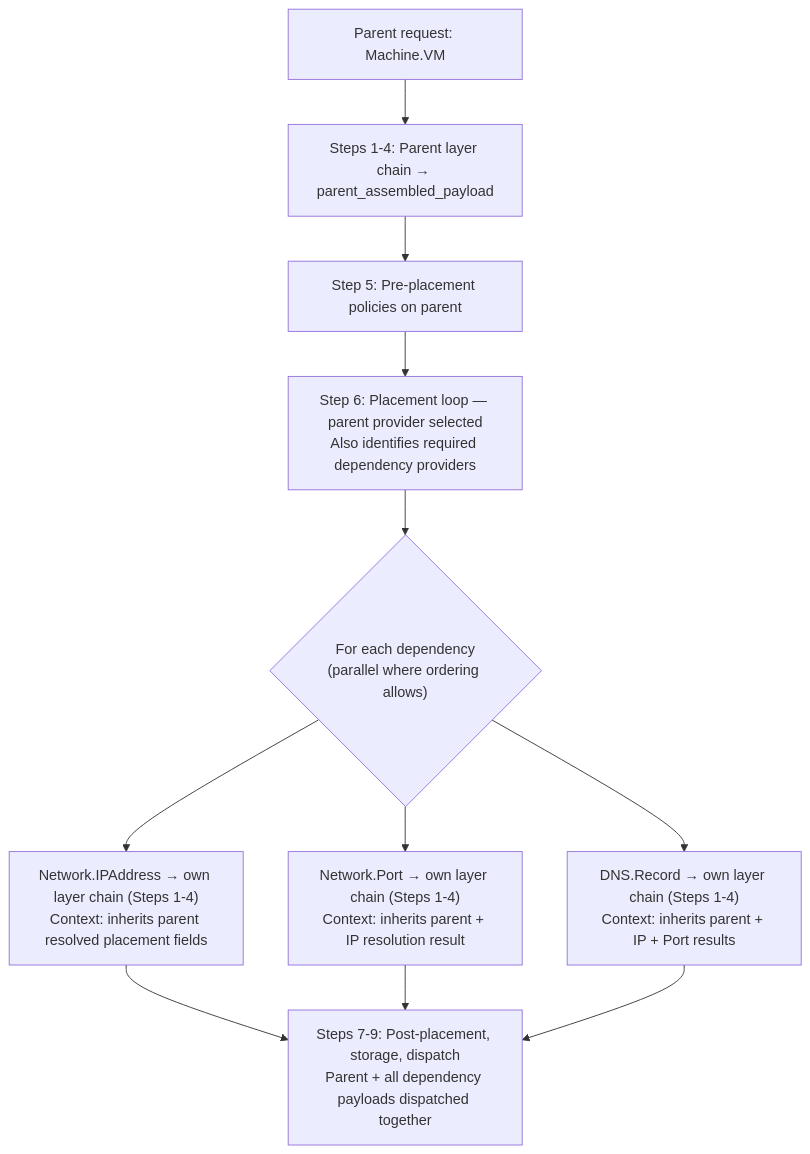
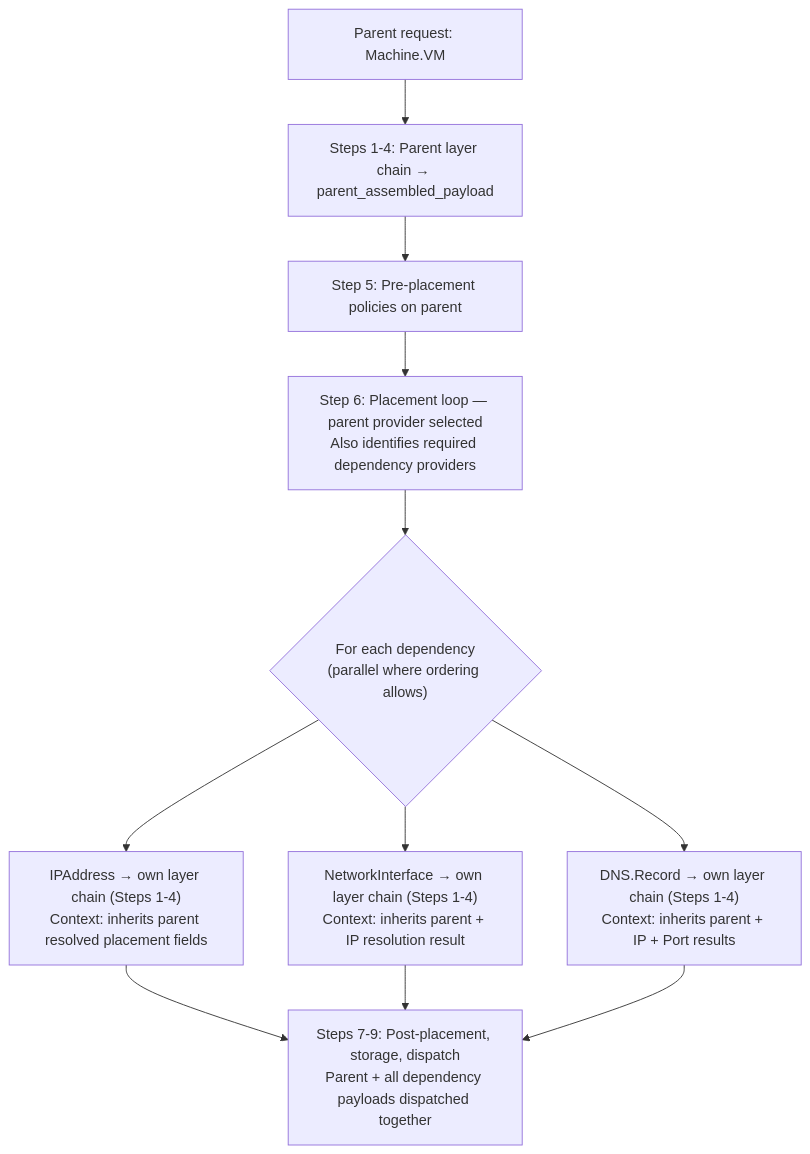
One commit to croadfeldt/udlm changed the third of 3 diagrams in docs/spec/foundations/layering-and-versioning-annex.md. Above: the diagram before and after it, drawn with Mermaid. The commit also changed other lines of this file and 119 other files, not shown here.

````diff
--- a/docs/spec/foundations/layering-and-versioning-annex.md
+++ b/docs/spec/foundations/layering-and-versioning-annex.md
@@ -296,14 +296,14 @@
 ```mermaid
 flowchart TD
     P["Parent request: Machine.VM"]
     P --> S14["Steps 1-4: Parent layer chain → parent_assembled_payload"]
     S14 --> S5["Step 5: Pre-placement policies on parent"]
     S5 --> S6["Step 6: Placement loop — parent provider selected<br/>Also identifies required dependency providers"]
     S6 --> DEP{"For each dependency<br/>(parallel where ordering allows)"}
-    DEP --> IP["Network.IPAddress → own layer chain (Steps 1-4)<br/>Context: inherits parent resolved placement fields"]
-    DEP --> PORT["Network.Port → own layer chain (Steps 1-4)<br/>Context: inherits parent + IP resolution result"]
+    DEP --> IP["IPAddress → own layer chain (Steps 1-4)<br/>Context: inherits parent resolved placement fields"]
+    DEP --> PORT["NetworkInterface → own layer chain (Steps 1-4)<br/>Context: inherits parent + IP resolution result"]
     DEP --> DNS["DNS.Record → own layer chain (Steps 1-4)<br/>Context: inherits parent + IP + Port results"]
     IP --> S79["Steps 7-9: Post-placement, storage, dispatch<br/>Parent + all dependency payloads dispatched together"]
     PORT --> S79
     DNS --> S79
 ```
````
